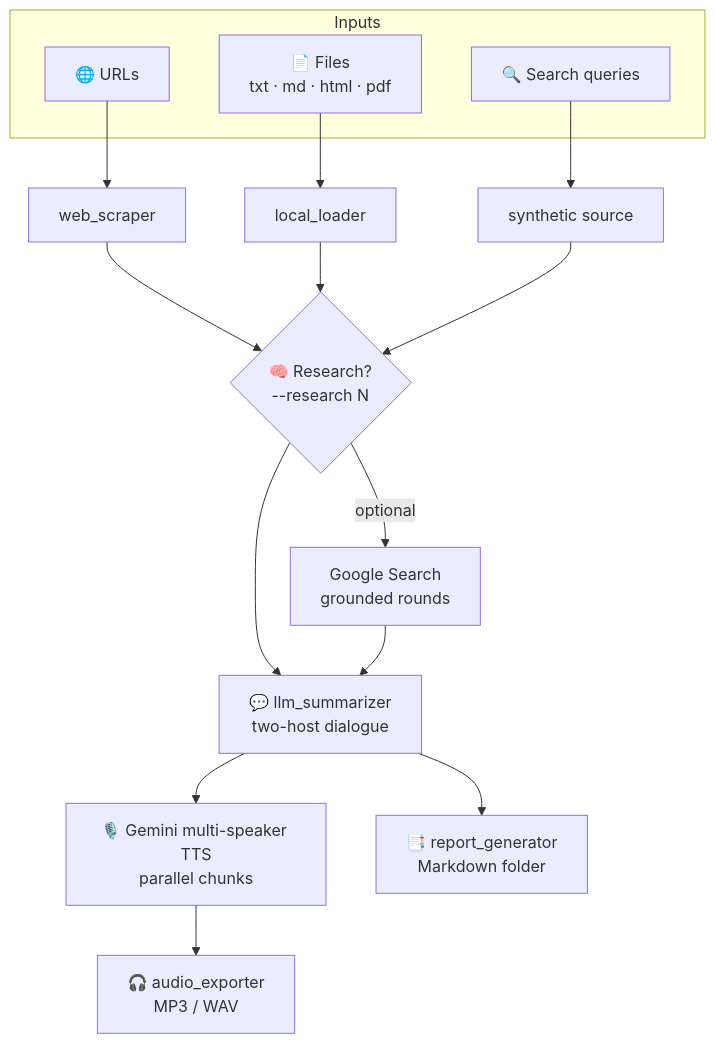
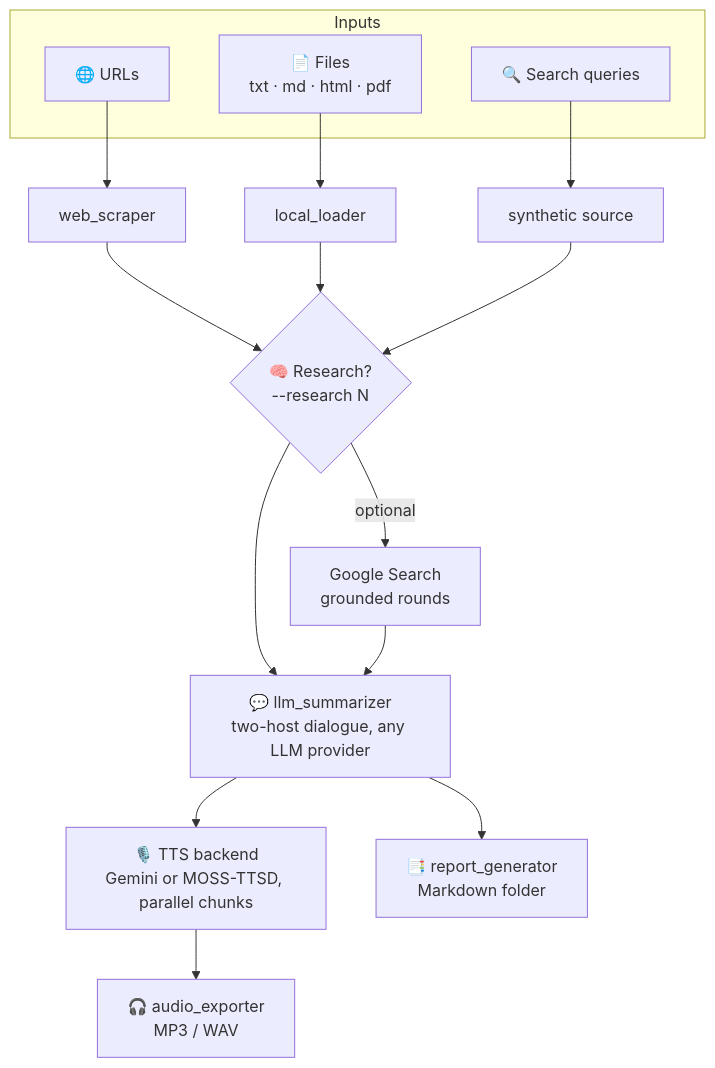
One commit to obeone/tts-podcast changed the diagram in README.md. Above: the diagram before and after it, drawn with Mermaid. The commit also changed other lines of this file and 3 other files, not shown here.

First line of the commit message:
docs: document provider-agnostic LLM and pluggable TTS

````diff
--- a/README.md
+++ b/README.md
@@ -304,24 +350,24 @@
 ```mermaid
 flowchart TB
     subgraph IN[" Inputs "]
         U[🌐 URLs]
         F[📄 Files<br/>txt · md · html · pdf]
         S[🔍 Search queries]
     end
 
     U --> SC[web_scraper]
     F --> LL[local_loader]
     S --> SY[synthetic source]
 
     SC --> R{🧠 Research?<br/>--research N}
     LL --> R
     SY --> R
 
     R -->|optional| RR[Google Search<br/>grounded rounds]
-    R --> D[💬 llm_summarizer<br/>two-host dialogue]
+    R --> D[💬 llm_summarizer<br/>two-host dialogue, any LLM provider]
     RR --> D
 
-    D --> T[🎙️ Gemini multi-speaker TTS<br/>parallel chunks]
+    D --> T[🎙️ TTS backend<br/>Gemini or MOSS-TTSD, parallel chunks]
     T --> A[🎧 audio_exporter<br/>MP3 / WAV]
     D --> REP[📑 report_generator<br/>Markdown folder]
 ```
````
